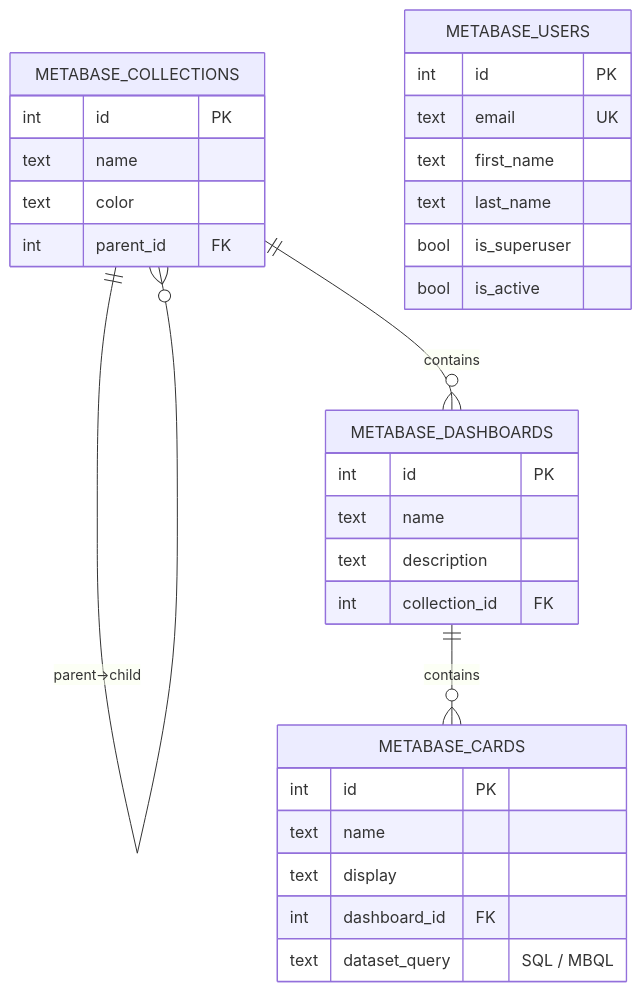
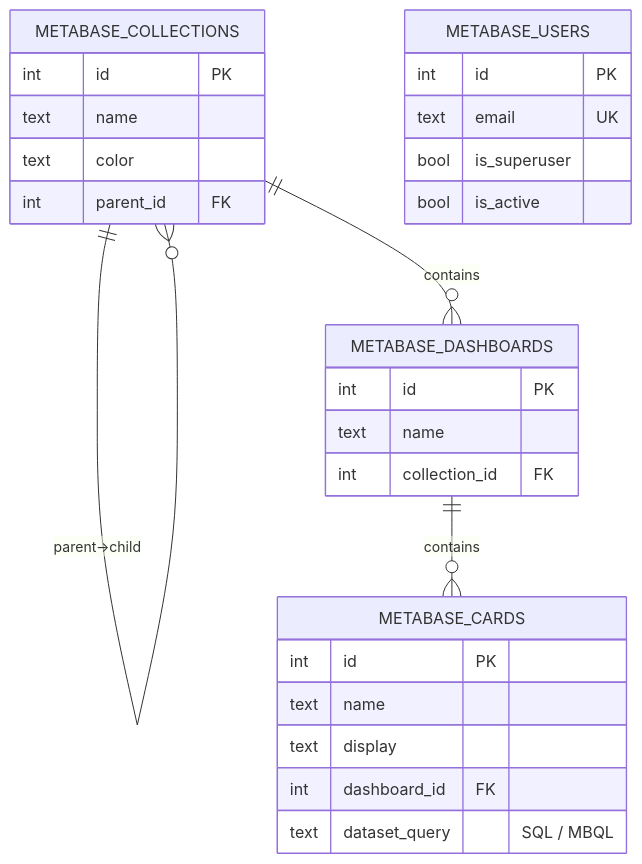
The eighth of 8 diagrams in pack/digital-platform/02-domain-entities/DP.ARCH.004-neon-data-architecture.md (TserenTserenov/PACK-digital-platform), drawn with Mermaid before and after one commit. The commit also changed other lines of this file and 2 other files, not shown here.

First line of the commit message:
refactor(dp.arch.004): full restructure with collapsible sections + solutions in ERD

````diff
--- a/pack/digital-platform/02-domain-entities/DP.ARCH.004-neon-data-architecture.md
+++ b/pack/digital-platform/02-domain-entities/DP.ARCH.004-neon-data-architecture.md
@@ -668,37 +675,34 @@
 ```mermaid
 erDiagram
     METABASE_COLLECTIONS {
         int     id          PK
         text    name
         text    color
         int     parent_id   FK
     }
 
     METABASE_DASHBOARDS {
         int     id              PK
         text    name
-        text    description
         int     collection_id   FK
     }
 
     METABASE_CARDS {
         int     id              PK
         text    name
         text    display
         int     dashboard_id    FK
         text    dataset_query   "SQL / MBQL"
     }
 
     METABASE_USERS {
         int     id          PK
         text    email       UK
-        text    first_name
-        text    last_name
         bool    is_superuser
         bool    is_active
     }
 
     METABASE_COLLECTIONS ||--o{ METABASE_COLLECTIONS : "parent→child"
     METABASE_COLLECTIONS ||--o{ METABASE_DASHBOARDS : "contains"
     METABASE_DASHBOARDS ||--o{ METABASE_CARDS : "contains"
 ```
````
